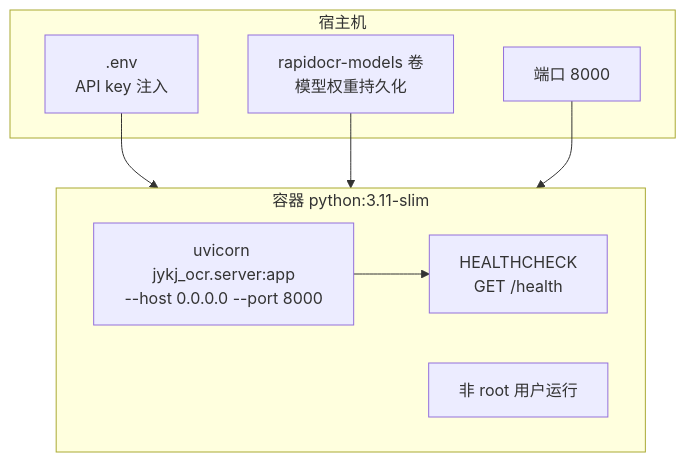
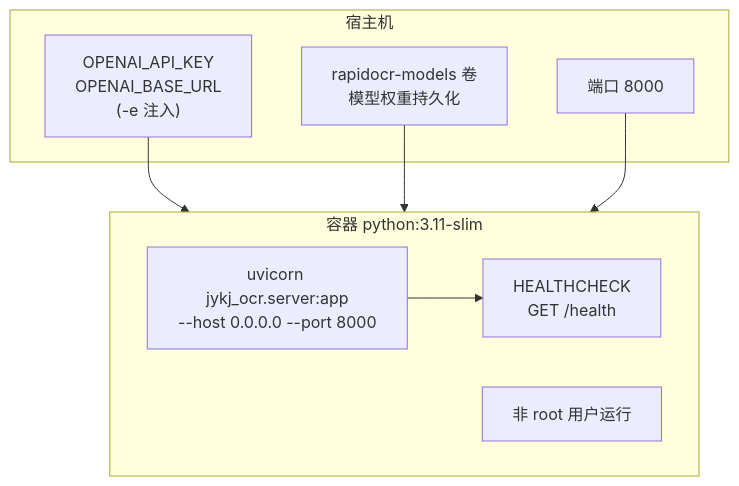
Before and after one commit to yejinlei/jykj-ocr: the fourth of 15 diagrams in docs/manual.md, drawn with Mermaid. The commit also changed other lines of this file and 17 other files, not shown here.

````diff
--- a/docs/manual.md
+++ b/docs/manual.md
@@ -288,19 +312,19 @@
 ```mermaid
 flowchart TB
     subgraph HOST["宿主机"]
-        ENV[".env<br/>API key 注入"]
+        ENV["OPENAI_API_KEY<br/>OPENAI_BASE_URL<br/>(-e 注入)"]
         VOLUME["rapidocr-models 卷<br/>模型权重持久化"]
         PORT["端口 8000"]
     end
 
     subgraph CONTAINER["容器 python:3.11-slim"]
         APP["uvicorn jykj_ocr.server:app<br/>--host 0.0.0.0 --port 8000"]
         HEALTH["HEALTHCHECK<br/>GET /health"]
         RUNUSER["非 root 用户运行"]
     end
 
     ENV --> CONTAINER
     VOLUME --> CONTAINER
     PORT --> CONTAINER
     APP --> HEALTH
 ```
````
